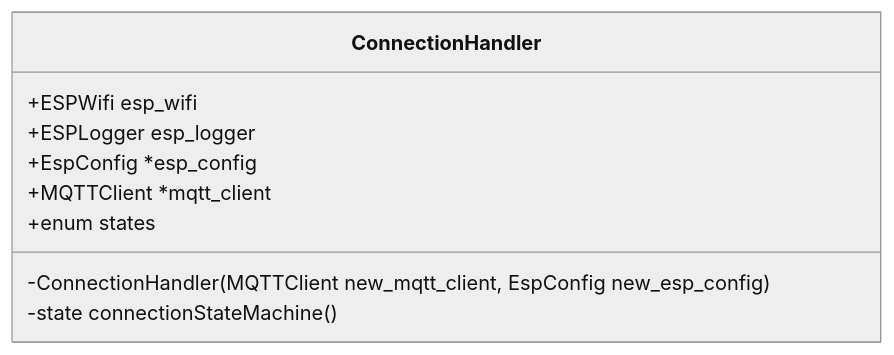
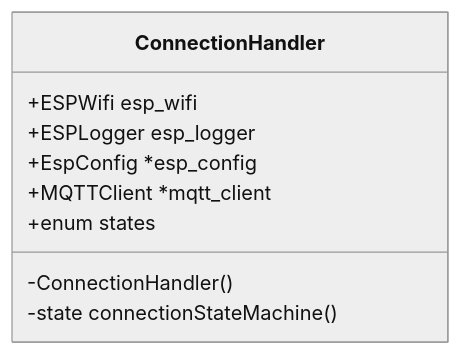
One commit to ECE-IoT/esp-iot-framework changed the diagram in docs/software-planning/connection-handler.md. Above: the diagram before and after it, drawn with Mermaid (neutral theme). The commit also changed other lines of this file and 2 other files, not shown here.

Commit message:
ADD uml for sensors

````diff
--- a/docs/software-planning/connection-handler.md
+++ b/docs/software-planning/connection-handler.md
@@ -12,12 +12,12 @@
 ```mermaid
   classDiagram
     class ConnectionHandler{
       +ESPWifi esp_wifi
       +ESPLogger esp_logger
       +EspConfig *esp_config
       +MQTTClient *mqtt_client
       +enum states
-      -ConnectionHandler(MQTTClient new_mqtt_client, EspConfig new_esp_config)
+      -ConnectionHandler()
       -state connectionStateMachine()
     }
 ```
````
